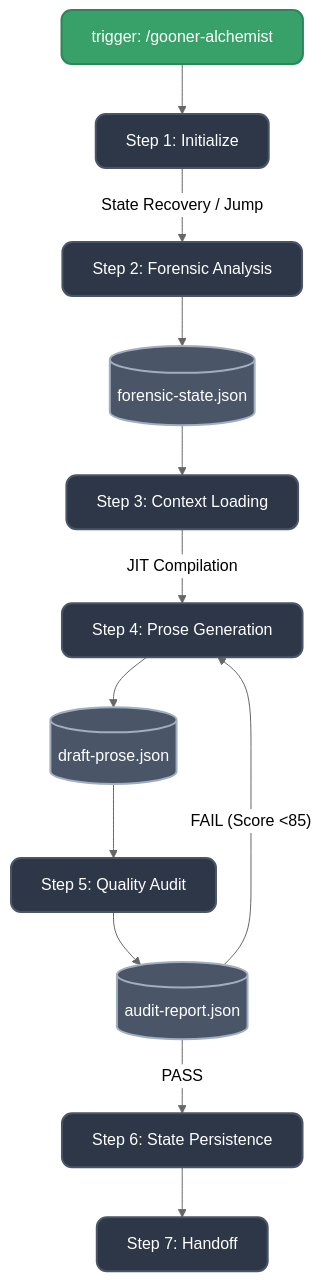
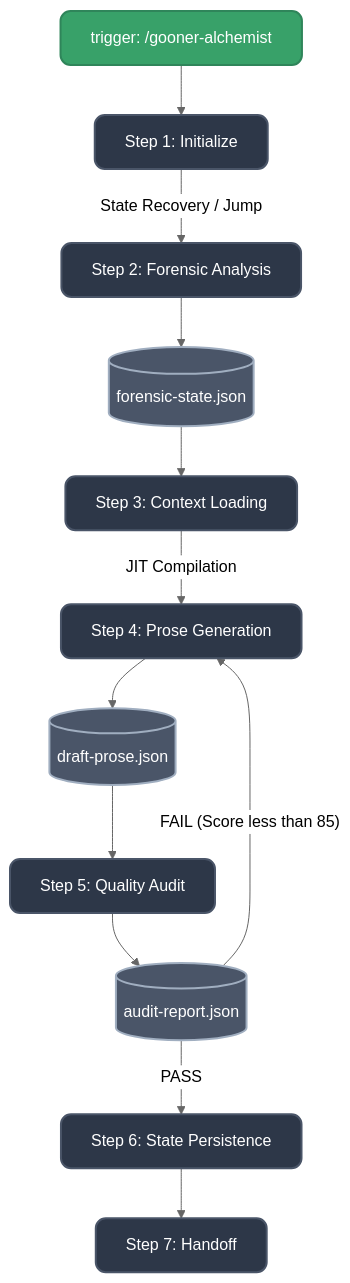
Before and after one commit to datdang-dev/light-novel-development: the diagram in studio/docs/ARCHITECTURE.md, drawn with Mermaid (neutral theme). The commit also changed other lines of this file and 34 other files, not shown here.

````diff
--- a/studio/docs/ARCHITECTURE.md
+++ b/studio/docs/ARCHITECTURE.md
@@ -49,23 +86,23 @@
 ```mermaid
 graph TD
     classDef step fill:#2d3748,stroke:#4a5568,color:#fff,stroke-width:2px,rx:10px
     classDef db fill:#4a5568,stroke:#a0aec0,color:#fff,stroke-width:2px,rx:10px
     classDef start fill:#38a169,stroke:#2f855a,color:#fff,stroke-width:2px,rx:10px
     
-    Start[trigger: /gooner-alchemist]:::start --> S1[Step 1: Initialize]:::step
-    S1 -- State Recovery / Jump --> S2[Step 2: Forensic Analysis]:::step
+    Start["trigger: /gooner-alchemist"]:::start --> S1["Step 1: Initialize"]:::step
+    S1 -- State Recovery / Jump --> S2["Step 2: Forensic Analysis"]:::step
     
-    S2 --> FORENSIC_JSON[(forensic-state.json)]:::db
-    FORENSIC_JSON --> S3[Step 3: Context Loading]:::step
+    S2 --> FORENSIC_JSON[("forensic-state.json")]:::db
+    FORENSIC_JSON --> S3["Step 3: Context Loading"]:::step
     
-    S3 -- JIT Compilation --> S4[Step 4: Prose Generation]:::step
-    S4 --> PROSE_JSON[(draft-prose.json)]:::db
+    S3 -- JIT Compilation --> S4["Step 4: Prose Generation"]:::step
+    S4 --> PROSE_JSON[("draft-prose.json")]:::db
     
-    PROSE_JSON --> S5[Step 5: Quality Audit]:::step
-    S5 --> AUDIT_JSON[(audit-report.json)]:::db
+    PROSE_JSON --> S5["Step 5: Quality Audit"]:::step
+    S5 --> AUDIT_JSON[("audit-report.json")]:::db
     
-    AUDIT_JSON -- PASS --> S6[Step 6: State Persistence]:::step
-    AUDIT_JSON -- FAIL (Score <85) --> S4
+    AUDIT_JSON -- PASS --> S6["Step 6: State Persistence"]:::step
+    AUDIT_JSON -- "FAIL (Score less than 85)" --> S4
     
-    S6 --> S7[Step 7: Handoff]:::step
+    S6 --> S7["Step 7: Handoff"]:::step
 ```
````
